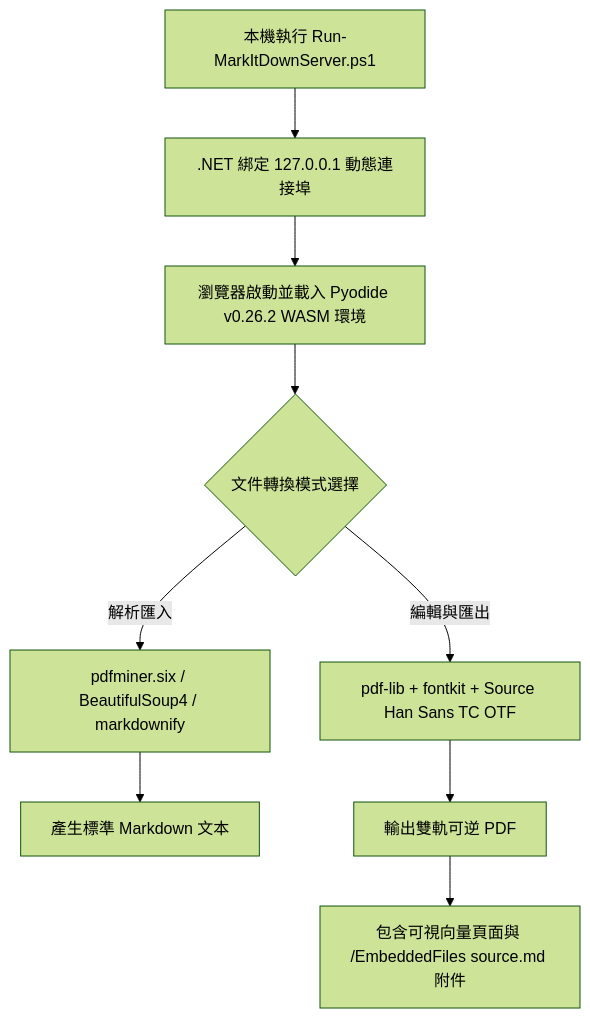
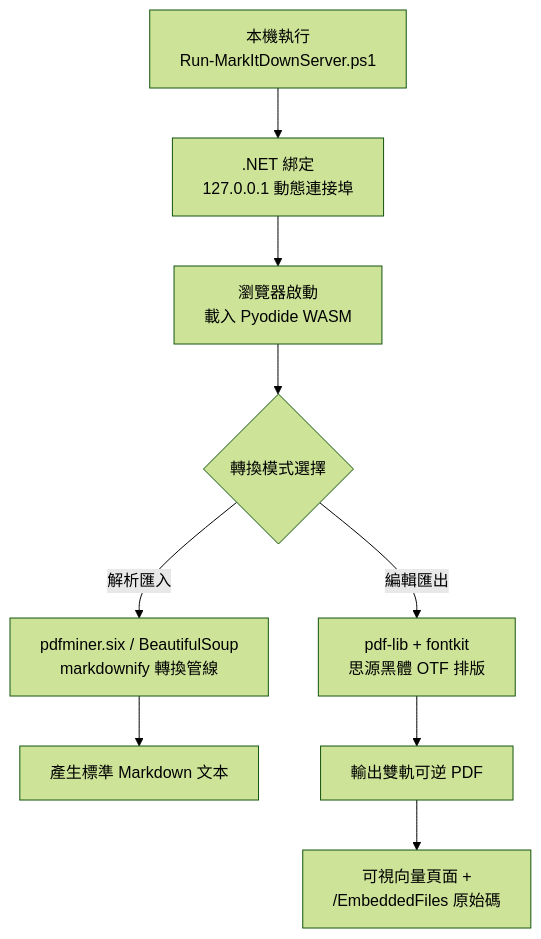
One commit to ystartgo/MD_exchange changed the first of 3 diagrams in README.md. Above: the diagram before and after it, drawn with Mermaid (forest theme). The commit also changed other lines of this file, not shown here.

````diff
--- a/README.md
+++ b/README.md
@@ -22,11 +22,11 @@
 ```mermaid
 flowchart TD
-    A[本機執行 Run-MarkItDownServer.ps1] --> B[.NET 綁定 127.0.0.1 動態連接埠]
-    B --> C[瀏覽器啟動並載入 Pyodide v0.26.2 WASM 環境]
-    C --> D{文件轉換模式選擇}
-    D -->|解析匯入| E[pdfminer.six / BeautifulSoup4 / markdownify]
-    D -->|編輯與匯出| F[pdf-lib + fontkit + Source Han Sans TC OTF]
+    A[本機執行<br/>Run-MarkItDownServer.ps1] --> B[.NET 綁定<br/>127.0.0.1 動態連接埠]
+    B --> C[瀏覽器啟動<br/>載入 Pyodide WASM]
+    C --> D{轉換模式選擇}
+    D -->|解析匯入| E[pdfminer.six / BeautifulSoup<br/>markdownify 轉換管線]
+    D -->|編輯匯出| F[pdf-lib + fontkit<br/>思源黑體 OTF 排版]
     E --> G[產生標準 Markdown 文本]
     F --> H[輸出雙軌可逆 PDF]
-    H --> I[包含可視向量頁面與 /EmbeddedFiles source.md 附件]
+    H --> I[可視向量頁面 +<br/>/EmbeddedFiles 原始碼]
 ```
````
